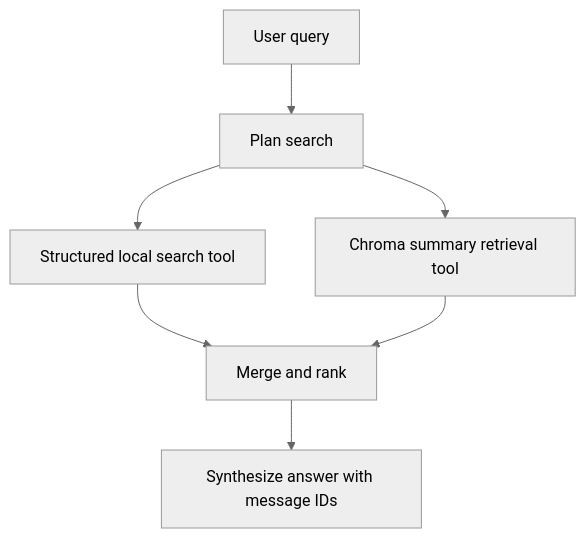
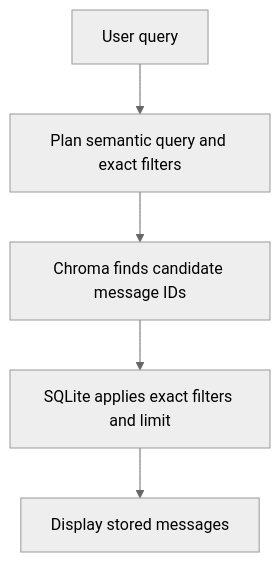
Before and after one commit to heratyian/email-agent: the first of 2 diagrams in README.md, drawn with Mermaid (neutral theme). The commit also changed other lines of this file and 6 other files, not shown here.

Commit message:
Updated the README and Mermaid graph to show the current linear search flow. Add limit enforcement back to sql.

````diff
--- a/README.md
+++ b/README.md
@@ -101,9 +106,7 @@
 ```mermaid
 flowchart TD
-    A[User query] --> B[Plan search]
-    B --> C[Structured local search tool]
-    B --> D[Chroma summary retrieval tool]
-    C --> E[Merge and rank]
-    D --> E
-    E --> F[Synthesize answer with message IDs]
+    A[User query] --> B[Plan semantic query and exact filters]
+    B --> C[Chroma finds candidate message IDs]
+    C --> D[SQLite applies exact filters and limit]
+    D --> E[Display stored messages]
 ```
````
